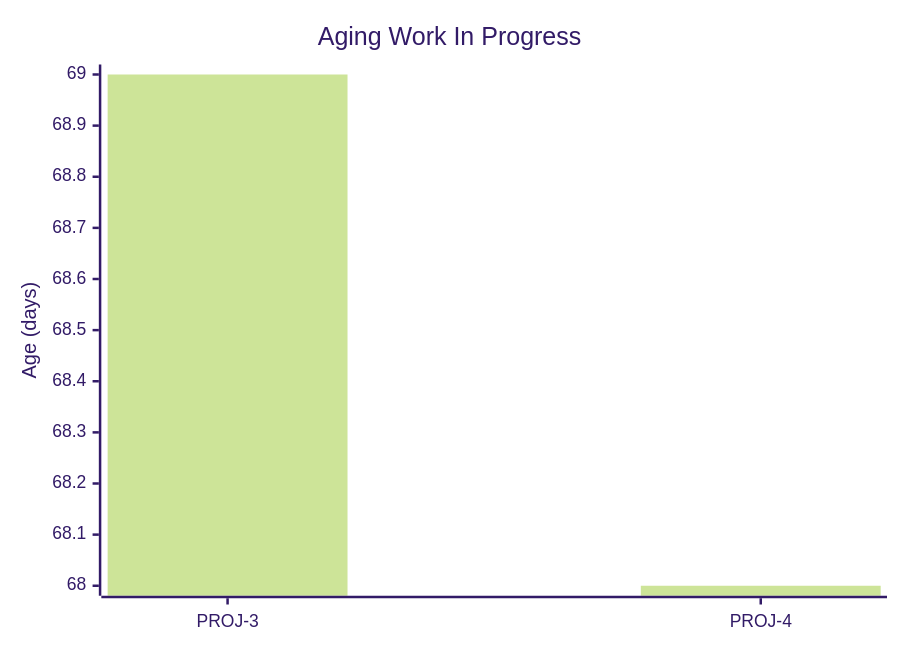
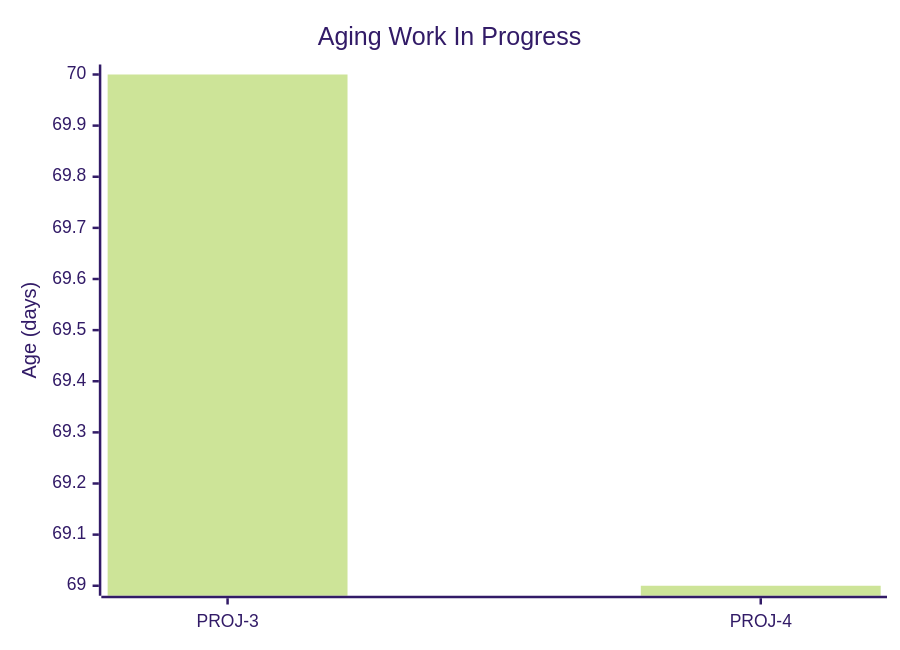
Before and after one commit to cbroult/predictability-engine: the first of 5 diagrams in data/samples/reports/wip_data/dashboard.md, drawn with Mermaid (forest theme). The commit also changed other lines of this file and 72 other files, not shown here.

````diff
--- a/data/samples/reports/wip_data/dashboard.md
+++ b/data/samples/reports/wip_data/dashboard.md
@@ -24,7 +24,7 @@
 ```mermaid
 xychart-beta
     title "Aging Work In Progress"
     x-axis ["PROJ-3", "PROJ-4"]
     y-axis "Age (days)"
-    bar "Age" [69, 68]
+    bar "Age" [70, 69]
 ```
````
